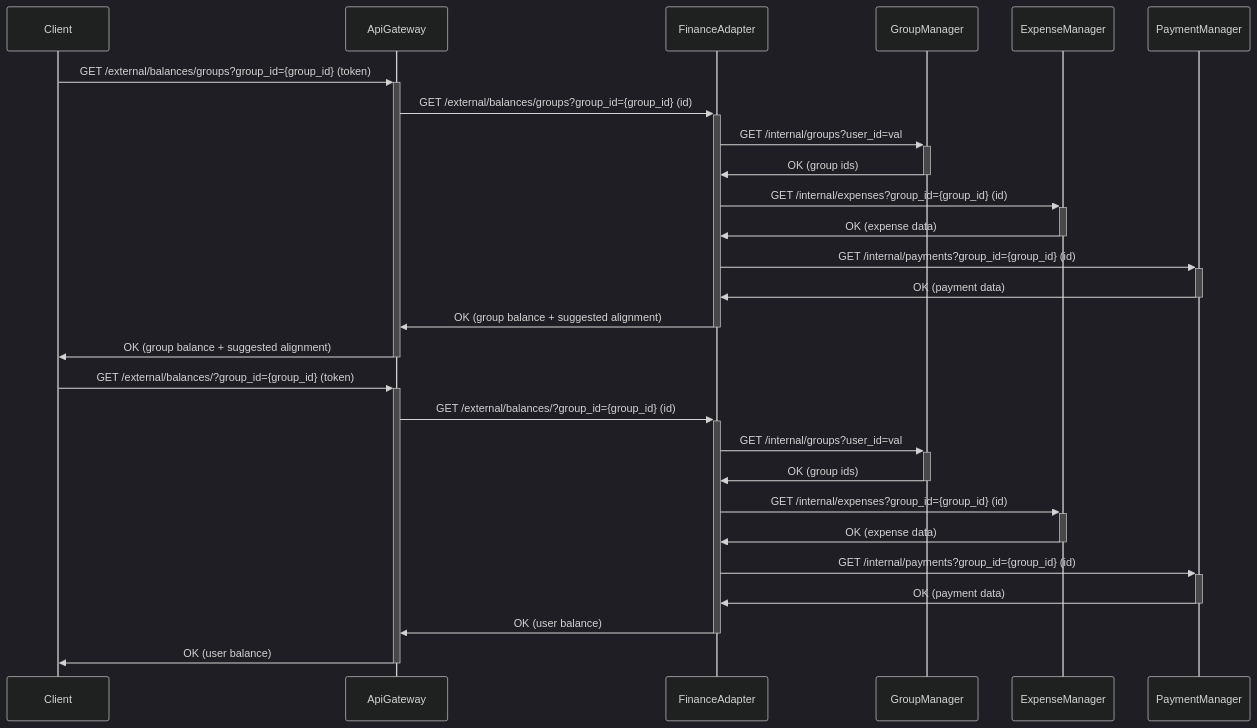
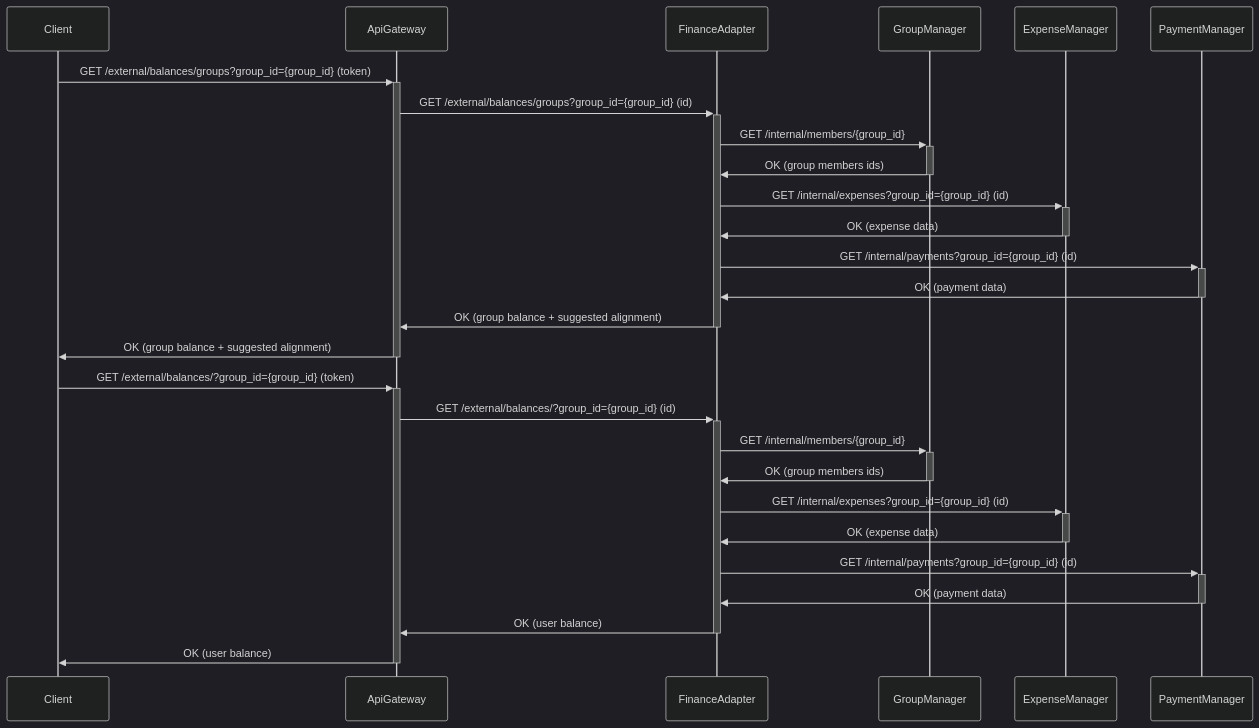
The eighth of 10 diagrams in docs/diagrams.md (Group-Expense-Manager/gem-docs), drawn with Mermaid (dark theme) before and after one commit. The commit also changed other lines of this file and 2 other files, not shown here.

````diff
--- a/docs/diagrams.md
+++ b/docs/diagrams.md
@@ -280,25 +280,25 @@
 ```mermaid
 sequenceDiagram
 Client->>+ApiGateway: GET /external/balances/groups?group_id={group_id} (token)
 ApiGateway->>+FinanceAdapter: GET /external/balances/groups?group_id={group_id} (id)
-FinanceAdapter->>+GroupManager: GET /internal/groups?user_id=val
-GroupManager->>-FinanceAdapter: OK (group ids)
+FinanceAdapter->>+GroupManager: GET /internal/members/{group_id}
+GroupManager->>-FinanceAdapter: OK (group members ids)
 FinanceAdapter->>+ ExpenseManager: GET /internal/expenses?group_id={group_id} (id)
 ExpenseManager->>- FinanceAdapter: OK (expense data)
 FinanceAdapter->>+ PaymentManager: GET /internal/payments?group_id={group_id} (id)
 PaymentManager->>- FinanceAdapter: OK (payment data)
 FinanceAdapter->>-ApiGateway: OK (group balance + suggested alignment)
 ApiGateway->>-Client: OK (group balance + suggested alignment)
 
 Client->>+ApiGateway: GET /external/balances/?group_id={group_id} (token)
 ApiGateway->>+FinanceAdapter: GET /external/balances/?group_id={group_id} (id)
-FinanceAdapter->>+GroupManager: GET /internal/groups?user_id=val
-GroupManager->>-FinanceAdapter: OK (group ids)
+FinanceAdapter->>+GroupManager: GET /internal/members/{group_id}
+GroupManager->>-FinanceAdapter: OK (group members ids)
 FinanceAdapter->>+ ExpenseManager: GET /internal/expenses?group_id={group_id} (id)
 ExpenseManager->>- FinanceAdapter: OK (expense data)
 FinanceAdapter->>+ PaymentManager: GET /internal/payments?group_id={group_id} (id)
 PaymentManager->>- FinanceAdapter: OK (payment data)
 FinanceAdapter->>-ApiGateway: OK (user balance)
 ApiGateway->>-Client: OK (user balance)
     
 ```
````
